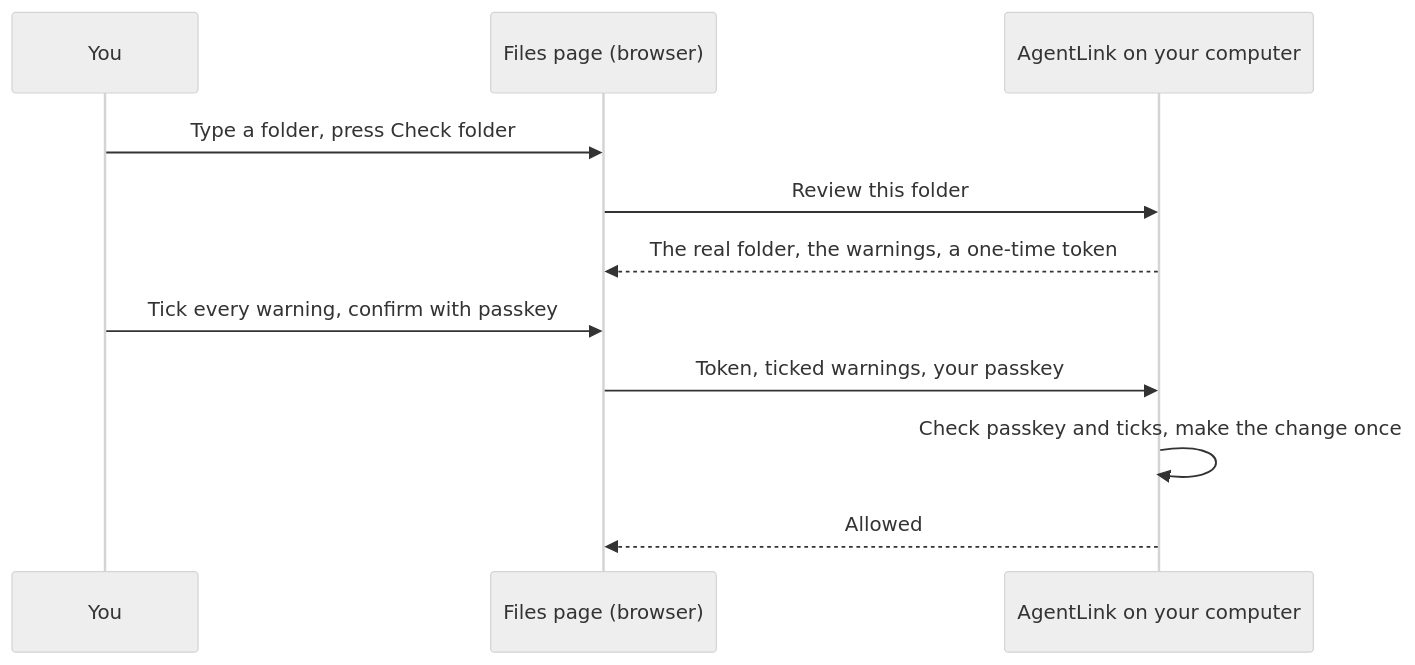
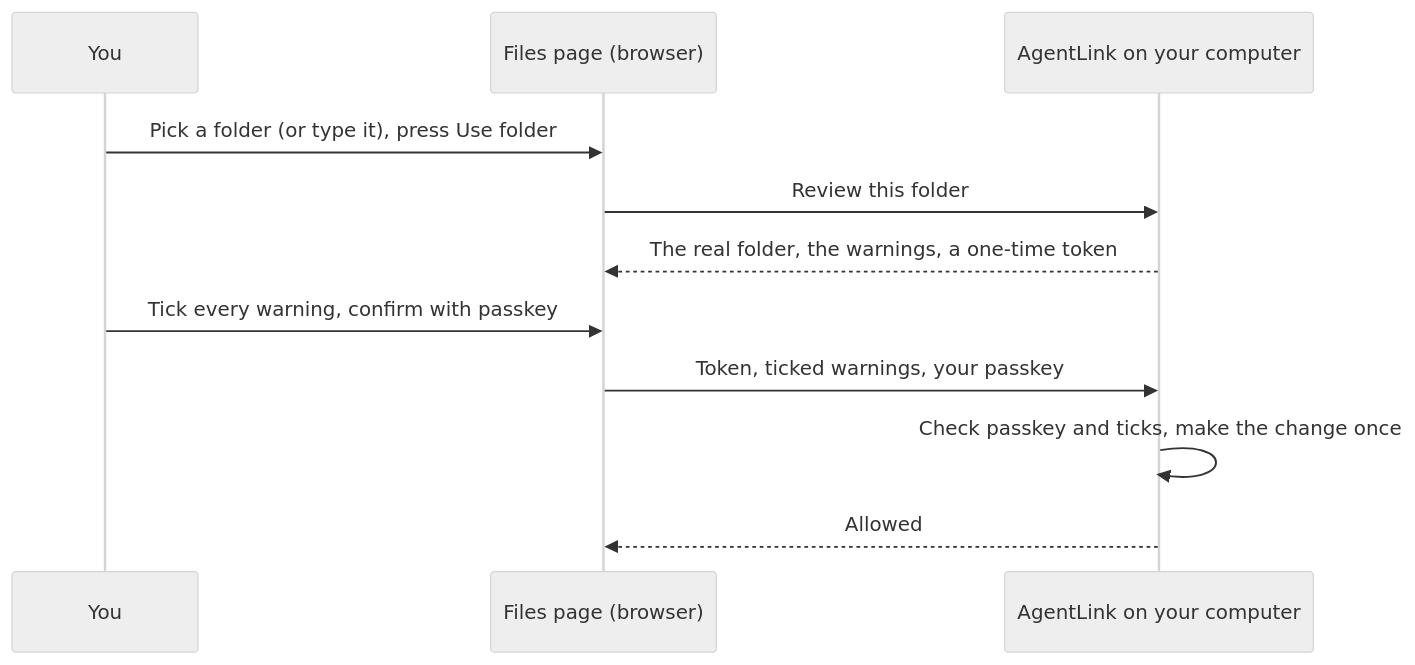
The diagram in docs-site/guide/local-app/files.md (4thtech/agentlink), drawn with Mermaid (neutral theme) before and after one commit. The commit also changed other lines of this file and 39 other files, not shown here.

Commit message:
FEAT FILES-FOLDER-PICKER: pick folders in Finder or Explorer in the app; one folder row everywhere; change the Inbox folder with the same review and presence (D-154)

````diff
--- a/docs-site/guide/local-app/files.md
+++ b/docs-site/guide/local-app/files.md
@@ -143,13 +159,13 @@
 ```mermaid
 sequenceDiagram
   participant You
   participant Page as Files page (browser)
   participant Local as AgentLink on your computer
-  You->>Page: Type a folder, press Check folder
+  You->>Page: Pick a folder (or type it), press Use folder
   Page->>Local: Review this folder
   Local-->>Page: The real folder, the warnings, a one-time token
   You->>Page: Tick every warning, confirm with passkey
   Page->>Local: Token, ticked warnings, your passkey
   Local->>Local: Check passkey and ticks, make the change once
   Local-->>Page: Allowed
 ```
````
